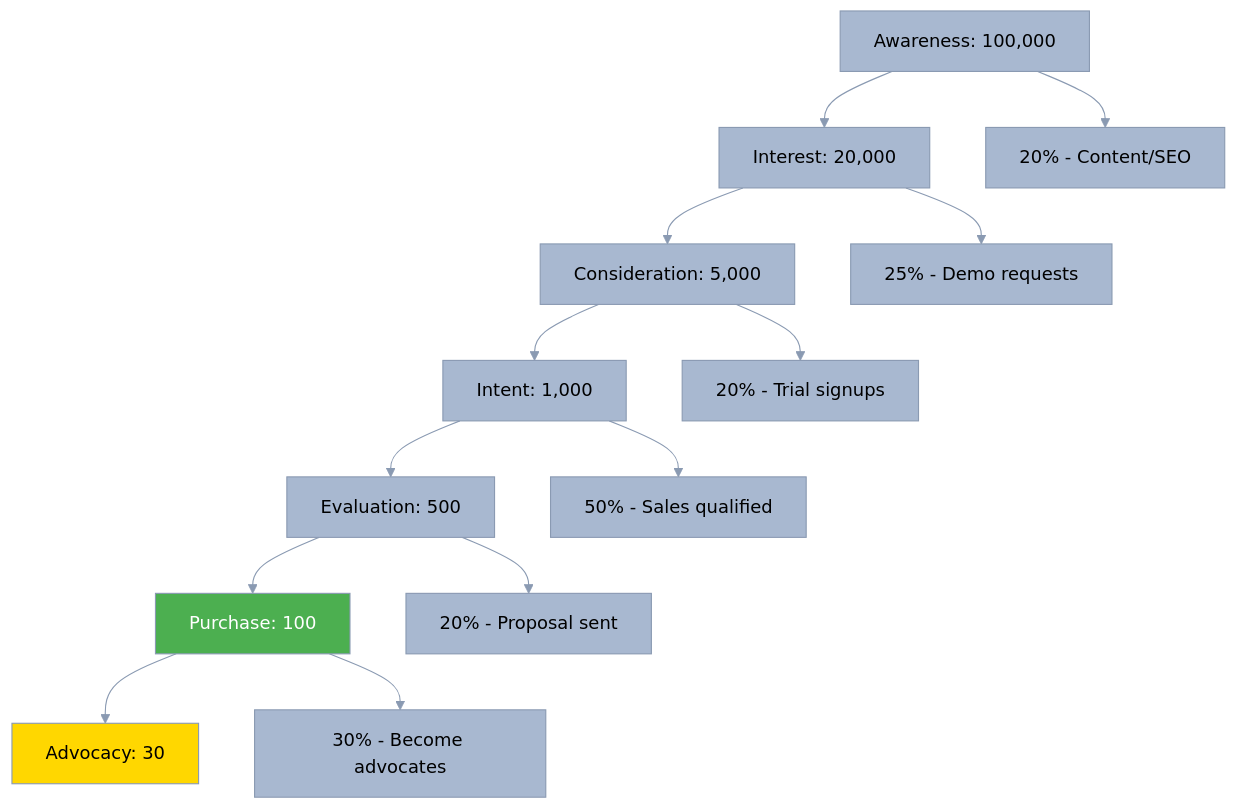
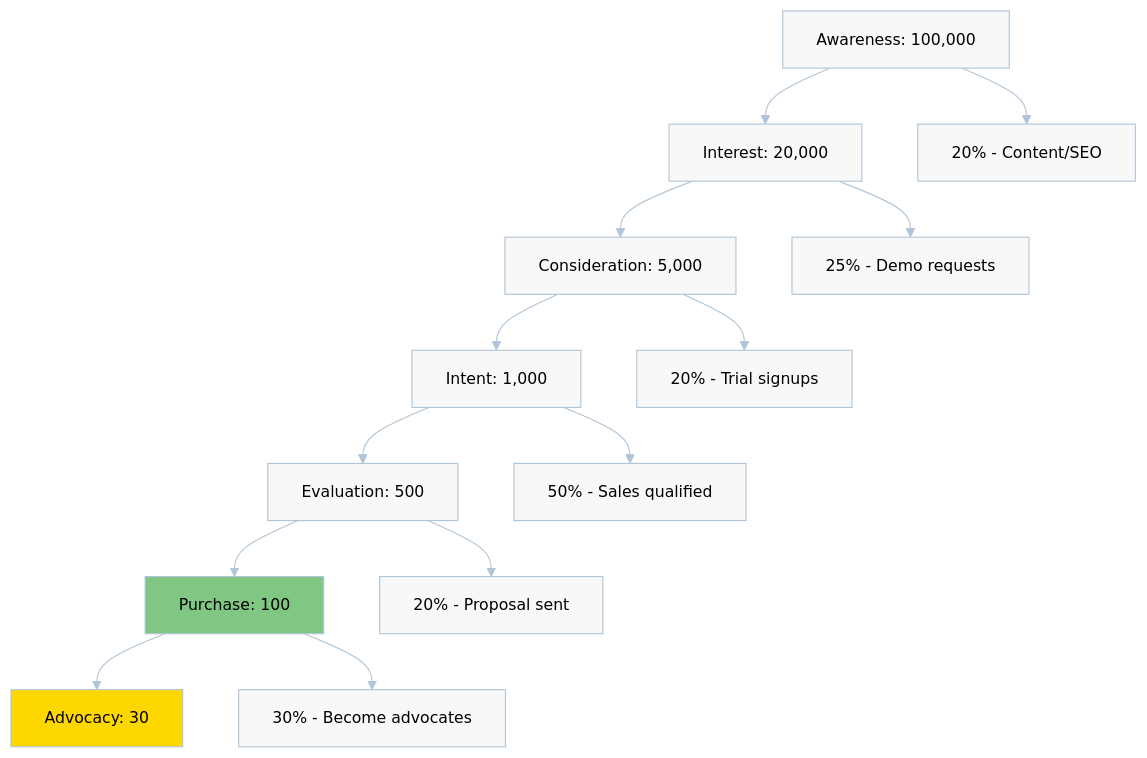
Diagram 15 of 18 in business-documents/competitive-positioning/06-go-to-market-positioning.md (o2alexanderfedin/AI-Hive-Business-Docs), drawn with Mermaid before and after one commit. The commit also changed other lines of this file, not shown here.

First line of the commit message:
Update go-to-market positioning diagrams to lighter color scheme

````diff
--- a/business-documents/competitive-positioning/06-go-to-market-positioning.md
+++ b/business-documents/competitive-positioning/06-go-to-market-positioning.md
@@ -816,31 +900,37 @@
 ```mermaid
 %%{init: {
   'theme': 'base',
   'themeVariables': {
-    'primaryColor': '#A8B8D0',
+    'primaryColor': '#E0E8F0',
     'primaryTextColor': '#000000',
-    'primaryBorderColor': '#8A9AB2',
-    'lineColor': '#8A9AB2',
-    'secondaryColor': '#5DBCB6',
-    'tertiaryColor': '#84D4F5',
-    'background': '#F5F5F5'
+    'primaryBorderColor': '#B0C5D8',
+    'lineColor': '#B0C5D8',
+    'secondaryColor': '#D5E8E0',
+    'tertiaryColor': '#E0F0F8',
+    'background': '#FFFFFF',
+    'mainBkg': '#F8F8F8',
+    'secondBkg': '#F0F0F0',
+    'darkMode': false,
+    'fontFamily': 'Arial, sans-serif',
+    'fontSize': '14px',
+    'textColor': '#000000'
   }
 }}%%
 graph TD
     A[Awareness: 100,000] --> B[Interest: 20,000]
     B --> C[Consideration: 5,000]
     C --> D[Intent: 1,000]
     D --> E[Evaluation: 500]
     E --> F[Purchase: 100]
     F --> G[Advocacy: 30]
 
     A --> A1[20% - Content/SEO]
     B --> B1[25% - Demo requests]
     C --> C1[20% - Trial signups]
     D --> D1[50% - Sales qualified]
     E --> E1[20% - Proposal sent]
     F --> F1[30% - Become advocates]
 
-    style F fill:#4CAF50,color:#fff
+    style F fill:#81C784,color:#000000
     style G fill:#FFD700,color:#000
 ```
````
